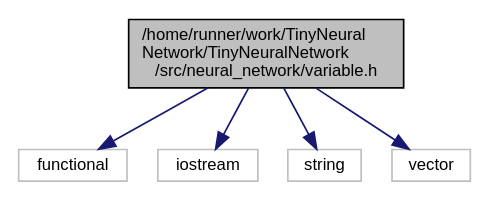
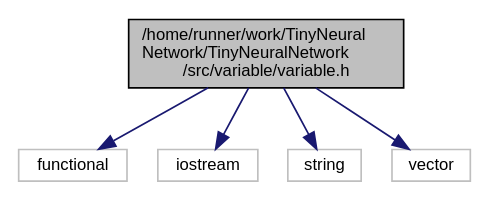
Before and after one commit to MaoSong2022/TinyNeuralNetwork: the diagram in variable_8h__incl.dot, drawn with Graphviz. The commit also changed 90 other files, not shown here.

```diff
--- a/variable_8h__incl.dot
+++ b/variable_8h__incl.dot
@@ -1,15 +1,15 @@
-digraph "/home/runner/work/TinyNeuralNetwork/TinyNeuralNetwork/src/neural_network/variable.h"
+digraph "/home/runner/work/TinyNeuralNetwork/TinyNeuralNetwork/src/variable/variable.h"
 {
  // LATEX_PDF_SIZE
   edge [fontname="Helvetica",fontsize="10",labelfontname="Helvetica",labelfontsize="10"];
   node [fontname="Helvetica",fontsize="10",shape=record];
-  Node1 [label="/home/runner/work/TinyNeural\lNetwork/TinyNeuralNetwork\l/src/neural_network/variable.h",height=0.2,width=0.4,color="black", fillcolor="grey75", style="filled", fontcolor="black",tooltip=" "];
+  Node1 [label="/home/runner/work/TinyNeural\lNetwork/TinyNeuralNetwork\l/src/variable/variable.h",height=0.2,width=0.4,color="black", fillcolor="grey75", style="filled", fontcolor="black",tooltip=" "];
   Node1 -> Node2 [color="midnightblue",fontsize="10",style="solid",fontname="Helvetica"];
   Node2 [label="functional",height=0.2,width=0.4,color="grey75", fillcolor="white", style="filled",tooltip=" "];
   Node1 -> Node3 [color="midnightblue",fontsize="10",style="solid",fontname="Helvetica"];
   Node3 [label="iostream",height=0.2,width=0.4,color="grey75", fillcolor="white", style="filled",tooltip=" "];
   Node1 -> Node4 [color="midnightblue",fontsize="10",style="solid",fontname="Helvetica"];
   Node4 [label="string",height=0.2,width=0.4,color="grey75", fillcolor="white", style="filled",tooltip=" "];
   Node1 -> Node5 [color="midnightblue",fontsize="10",style="solid",fontname="Helvetica"];
   Node5 [label="vector",height=0.2,width=0.4,color="grey75", fillcolor="white", style="filled",tooltip=" "];
 }
```
